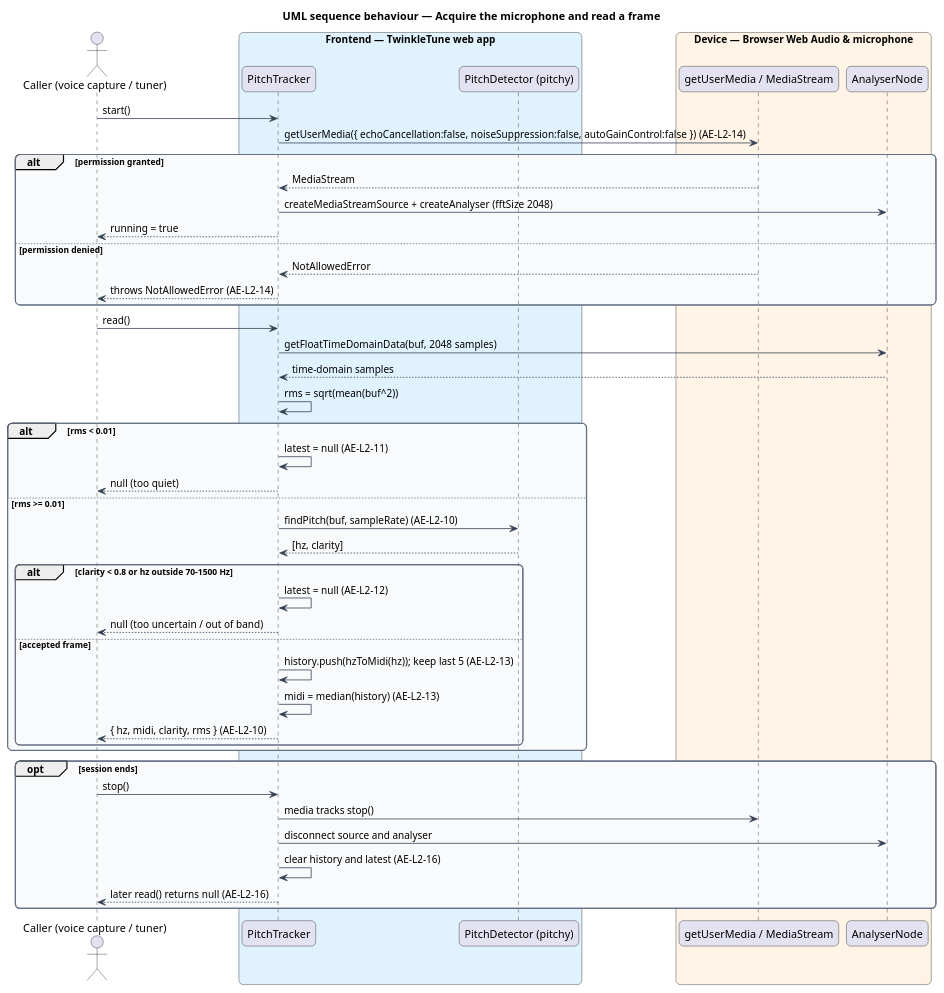
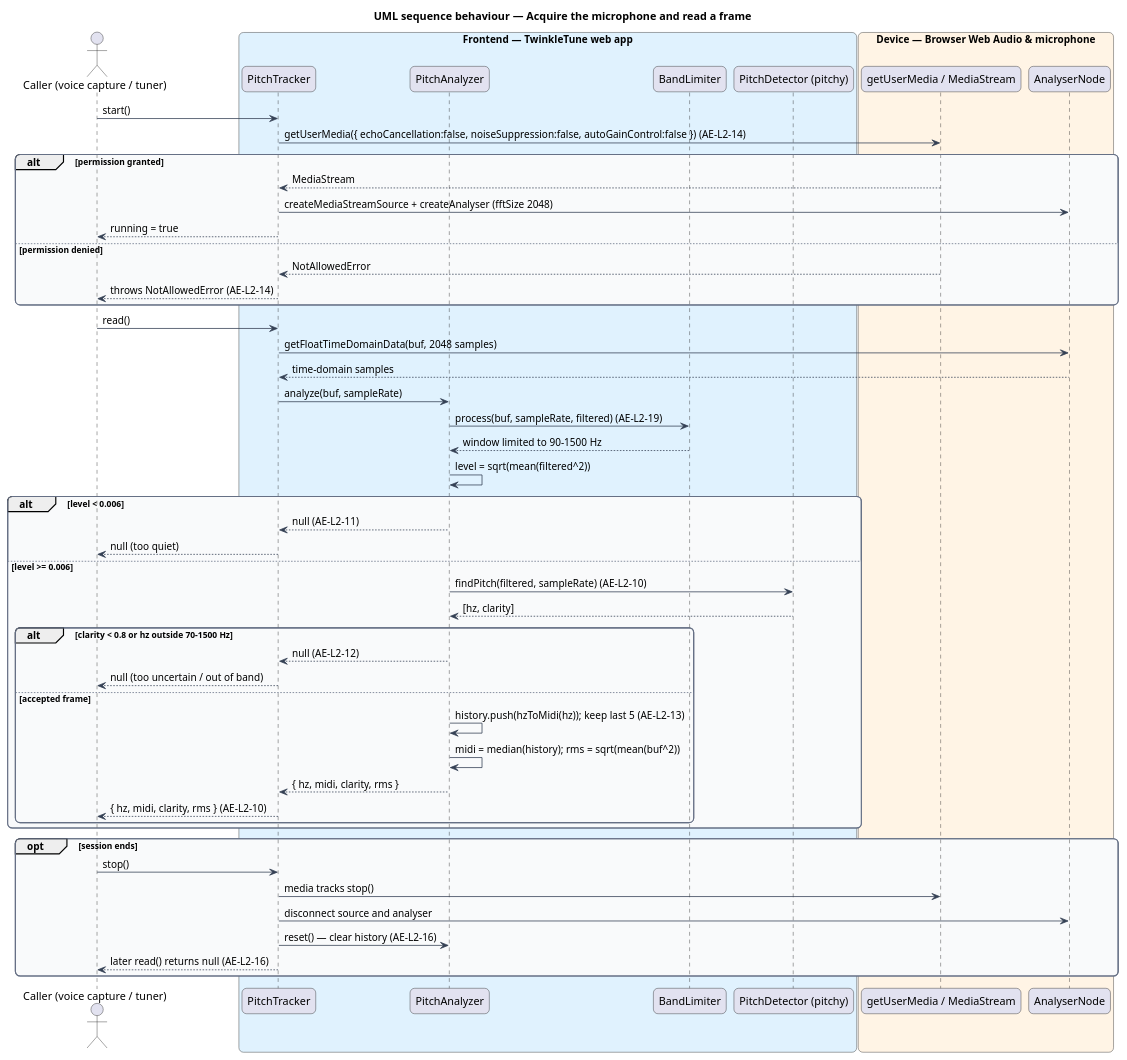
The diagram in docs/detailed-designs/audio-engine/detect-pitch/diagrams/sequence-acquire-mic-and-read-frame.puml (QuinntyneBrown/TwinkleTune), drawn with PlantUML before and after one commit. The commit also changed 9 other files, not shown here.

First line of the commit message:
Specify band-limited pitch detection (AE-L2-19, AE-L2-20)

```diff
--- a/docs/detailed-designs/audio-engine/detect-pitch/diagrams/sequence-acquire-mic-and-read-frame.puml
+++ b/docs/detailed-designs/audio-engine/detect-pitch/diagrams/sequence-acquire-mic-and-read-frame.puml
@@ -1,65 +1,71 @@
 @startuml
 title UML sequence behaviour — Acquire the microphone and read a frame
 skinparam backgroundColor #FFFFFF
 skinparam shadowing false
 skinparam roundcorner 12
 skinparam defaultFontName Arial
 skinparam ArrowColor #344054
 skinparam rectangle {
   BorderColor #344054
   FontColor #101828
 }
 skinparam package {
   BorderColor #667085
   FontColor #101828
   BackgroundColor #F9FAFB
 }
 actor "Caller (voice capture / tuner)" as caller
 box "Frontend — TwinkleTune web app" #E0F2FE
   participant "PitchTracker" as tracker
+  participant "PitchAnalyzer" as analyzer
+  participant "BandLimiter" as band
   participant "PitchDetector (pitchy)" as detector
 end box
 box "Device — Browser Web Audio & microphone" #FFF4E5
   participant "getUserMedia / MediaStream" as mic
   participant "AnalyserNode" as analyser
 end box
 
 caller -> tracker : start()
 tracker -> mic : getUserMedia({ echoCancellation:false, noiseSuppression:false, autoGainControl:false }) (AE-L2-14)
 alt permission granted
   mic --> tracker : MediaStream
   tracker -> analyser : createMediaStreamSource + createAnalyser (fftSize 2048)
   tracker --> caller : running = true
 else permission denied
   mic --> tracker : NotAllowedError
   tracker --> caller : throws NotAllowedError (AE-L2-14)
 end
 
 caller -> tracker : read()
 tracker -> analyser : getFloatTimeDomainData(buf, 2048 samples)
 analyser --> tracker : time-domain samples
-tracker -> tracker : rms = sqrt(mean(buf^2))
-alt rms < 0.01
-  tracker -> tracker : latest = null (AE-L2-11)
+tracker -> analyzer : analyze(buf, sampleRate)
+analyzer -> band : process(buf, sampleRate, filtered) (AE-L2-19)
+band --> analyzer : window limited to 90-1500 Hz
+analyzer -> analyzer : level = sqrt(mean(filtered^2))
+alt level < 0.006
+  analyzer --> tracker : null (AE-L2-11)
   tracker --> caller : null (too quiet)
-else rms >= 0.01
-  tracker -> detector : findPitch(buf, sampleRate) (AE-L2-10)
-  detector --> tracker : [hz, clarity]
+else level >= 0.006
+  analyzer -> detector : findPitch(filtered, sampleRate) (AE-L2-10)
+  detector --> analyzer : [hz, clarity]
   alt clarity < 0.8 or hz outside 70-1500 Hz
-    tracker -> tracker : latest = null (AE-L2-12)
+    analyzer --> tracker : null (AE-L2-12)
     tracker --> caller : null (too uncertain / out of band)
   else accepted frame
-    tracker -> tracker : history.push(hzToMidi(hz)); keep last 5 (AE-L2-13)
-    tracker -> tracker : midi = median(history) (AE-L2-13)
+    analyzer -> analyzer : history.push(hzToMidi(hz)); keep last 5 (AE-L2-13)
+    analyzer -> analyzer : midi = median(history); rms = sqrt(mean(buf^2))
+    analyzer --> tracker : { hz, midi, clarity, rms }
     tracker --> caller : { hz, midi, clarity, rms } (AE-L2-10)
   end
 end
 
 opt session ends
   caller -> tracker : stop()
   tracker -> mic : media tracks stop()
   tracker -> analyser : disconnect source and analyser
-  tracker -> tracker : clear history and latest (AE-L2-16)
+  tracker -> analyzer : reset() — clear history (AE-L2-16)
   tracker --> caller : later read() returns null (AE-L2-16)
 end
 @enduml
```
